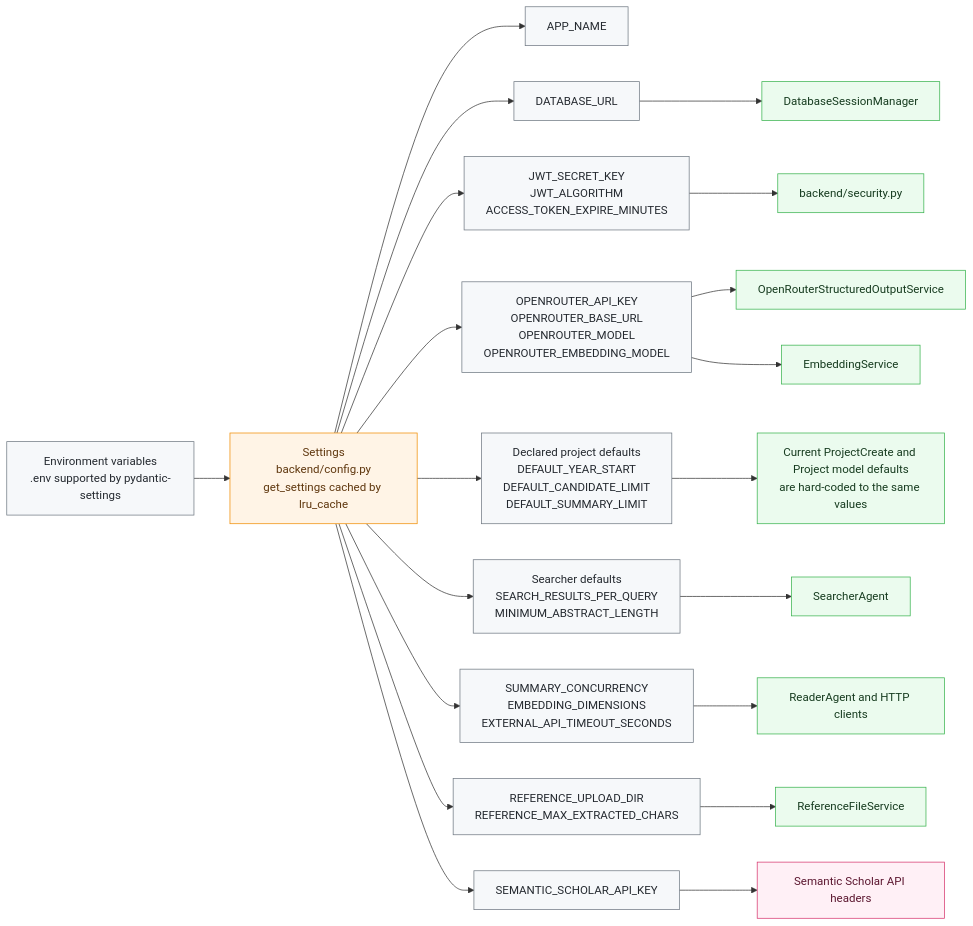
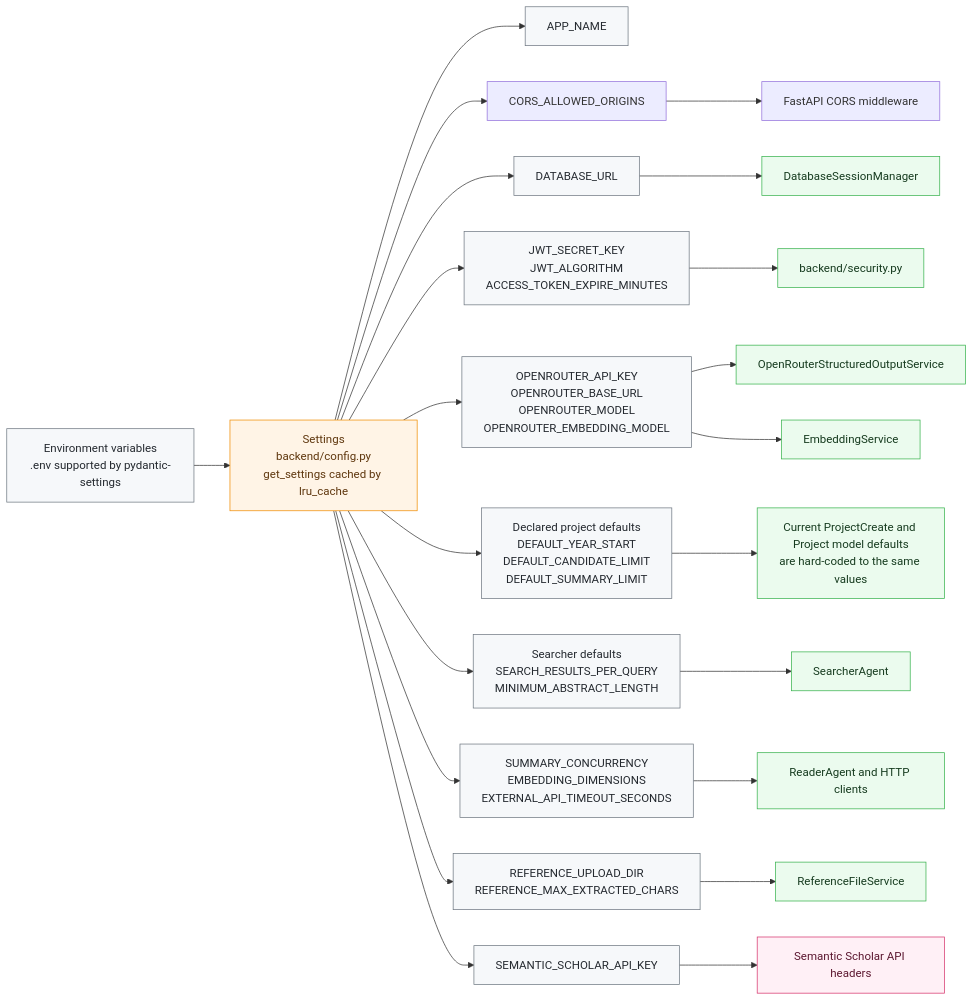
Before and after one commit to hungnt0406/confluex-AI-powered-research-workspace: diagram 13 of 14 in docs/backend-diagram.md, drawn with Mermaid. The commit also changed other lines of this file, not shown here.

Commit message:
docs(backend): document configurable CORS wiring

````diff
--- a/docs/backend-diagram.md
+++ b/docs/backend-diagram.md
@@ -656,34 +656,36 @@
 ```mermaid
 flowchart LR
     classDef entry fill:#f6f8fa,stroke:#6e7781,color:#24292f;
     classDef external fill:#fff0f6,stroke:#d6336c,color:#5c1730;
     classDef service fill:#ebfbee,stroke:#37b24d,color:#163b1f;
     classDef dependency fill:#fff4e6,stroke:#f08c00,color:#5f370e;
 
     Env["Environment variables<br/>.env supported by pydantic-settings"] --> Settings["Settings<br/>backend/config.py<br/>get_settings cached by lru_cache"]
 
     Settings --> AppName["APP_NAME"]
+    Settings --> Cors["CORS_ALLOWED_ORIGINS"]
     Settings --> DatabaseUrl["DATABASE_URL"]
     Settings --> Jwt["JWT_SECRET_KEY<br/>JWT_ALGORITHM<br/>ACCESS_TOKEN_EXPIRE_MINUTES"]
     Settings --> OpenRouter["OPENROUTER_API_KEY<br/>OPENROUTER_BASE_URL<br/>OPENROUTER_MODEL<br/>OPENROUTER_EMBEDDING_MODEL"]
     Settings --> DeclaredProjectDefaults["Declared project defaults<br/>DEFAULT_YEAR_START<br/>DEFAULT_CANDIDATE_LIMIT<br/>DEFAULT_SUMMARY_LIMIT"]
     Settings --> SearchTuning["Searcher defaults<br/>SEARCH_RESULTS_PER_QUERY<br/>MINIMUM_ABSTRACT_LENGTH"]
     Settings --> RuntimeTuning["SUMMARY_CONCURRENCY<br/>EMBEDDING_DIMENSIONS<br/>EXTERNAL_API_TIMEOUT_SECONDS"]
     Settings --> UploadTuning["REFERENCE_UPLOAD_DIR<br/>REFERENCE_MAX_EXTRACTED_CHARS"]
     Settings --> SemanticScholarKey["SEMANTIC_SCHOLAR_API_KEY"]
 
     DatabaseUrl --> SessionManager["DatabaseSessionManager"]
+    Cors --> App["FastAPI CORS middleware"]
     Jwt --> Security["backend/security.py"]
     OpenRouter --> LLM["OpenRouterStructuredOutputService"]
     OpenRouter --> Embeddings["EmbeddingService"]
     DeclaredProjectDefaults --> ProjectDefaultsNote["Current ProjectCreate and Project model defaults<br/>are hard-coded to the same values"]
     SearchTuning --> Searcher["SearcherAgent"]
     RuntimeTuning --> Reader["ReaderAgent and HTTP clients"]
     UploadTuning --> ReferenceFileService["ReferenceFileService"]
     SemanticScholarKey --> SemanticScholar["Semantic Scholar API headers"]
 
     class Env,AppName,DatabaseUrl,Jwt,OpenRouter,DeclaredProjectDefaults,SearchTuning,RuntimeTuning,UploadTuning,SemanticScholarKey entry;
     class Settings dependency;
     class SessionManager,Security,LLM,Embeddings,ProjectDefaultsNote,Searcher,Reader,ReferenceFileService service;
     class SemanticScholar external;
 ```
````
